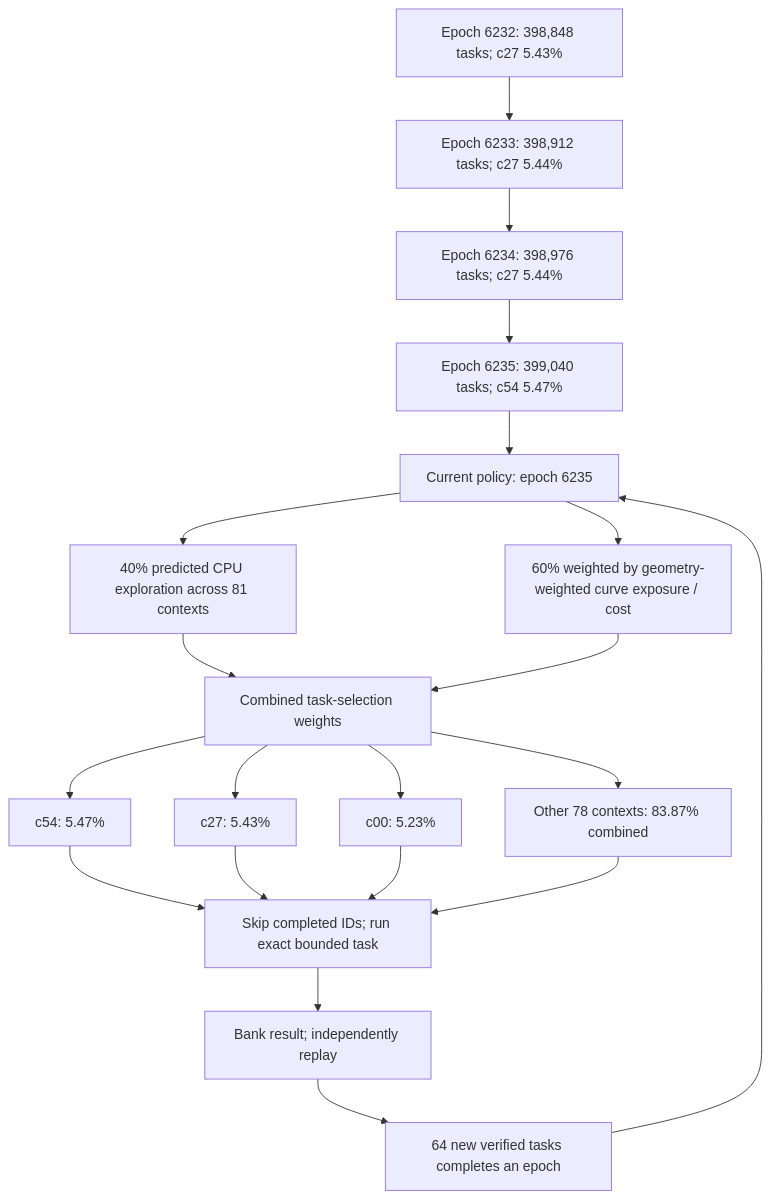
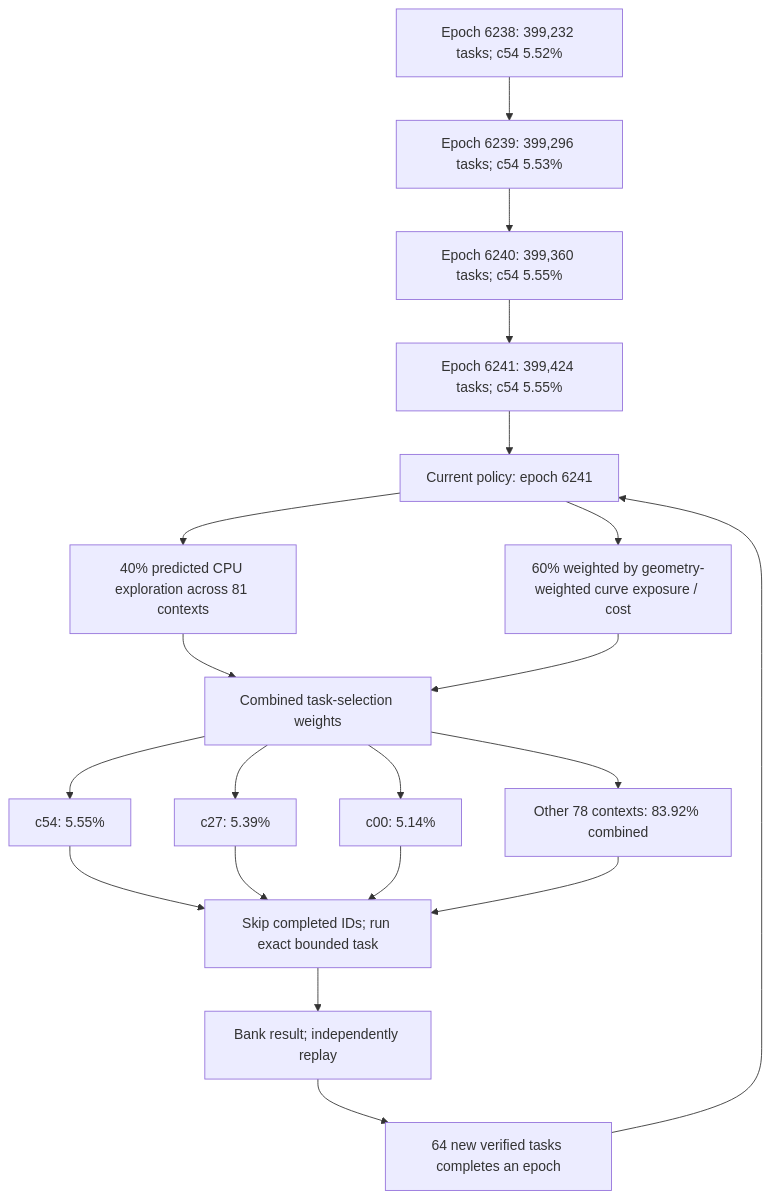
Before and after one commit to Kuberwastaken/math-gambling: the first of 4 diagrams in README.md, drawn with Mermaid. The commit also changed other lines of this file and 950 other files, not shown here.

````diff
--- a/README.md
+++ b/README.md
@@ -60,27 +60,27 @@
 ```mermaid
 flowchart TD
-    H0["Epoch 6232: 398,848 tasks; c27 5.43%"]
-    H1["Epoch 6233: 398,912 tasks; c27 5.44%"]
+    H0["Epoch 6238: 399,232 tasks; c54 5.52%"]
+    H1["Epoch 6239: 399,296 tasks; c54 5.53%"]
     H0 --> H1
-    H2["Epoch 6234: 398,976 tasks; c27 5.44%"]
+    H2["Epoch 6240: 399,360 tasks; c54 5.55%"]
     H1 --> H2
-    H3["Epoch 6235: 399,040 tasks; c54 5.47%"]
+    H3["Epoch 6241: 399,424 tasks; c54 5.55%"]
     H2 --> H3
-    Policy["Current policy: epoch 6235"]
+    Policy["Current policy: epoch 6241"]
     H3 --> Policy
     Policy --> Explore["40% predicted CPU exploration across 81 contexts"]
     Policy --> Cost["60% weighted by geometry-weighted curve exposure / cost"]
     Explore --> Mix["Combined task-selection weights"]
     Cost --> Mix
-    Mix --> C0["c54: 5.47%"]
-    Mix --> C1["c27: 5.43%"]
-    Mix --> C2["c00: 5.23%"]
-    Mix --> Rest["Other 78 contexts: 83.87% combined"]
+    Mix --> C0["c54: 5.55%"]
+    Mix --> C1["c27: 5.39%"]
+    Mix --> C2["c00: 5.14%"]
+    Mix --> Rest["Other 78 contexts: 83.92% combined"]
     C0 --> Check["Skip completed IDs; run exact bounded task"]
     C1 --> Check
     C2 --> Check
     Rest --> Check
     Check --> Replay["Bank result; independently replay"]
     Replay --> Gate["64 new verified tasks completes an epoch"]
     Gate --> Policy
 ```
````
